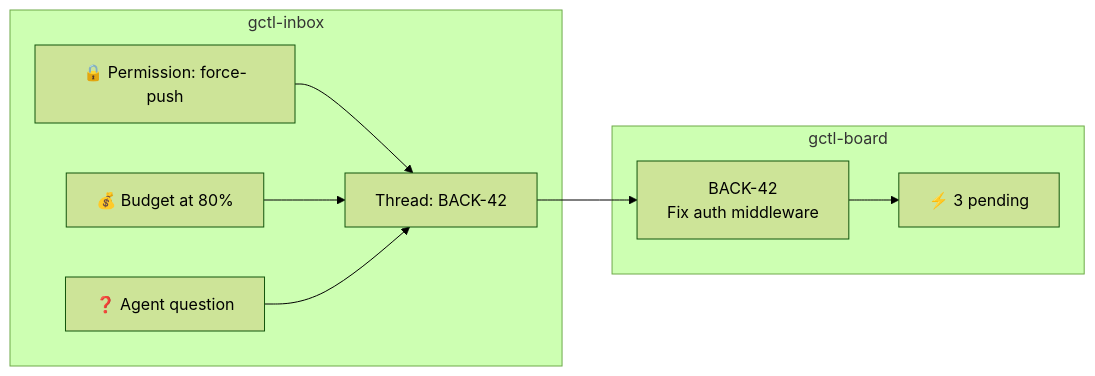
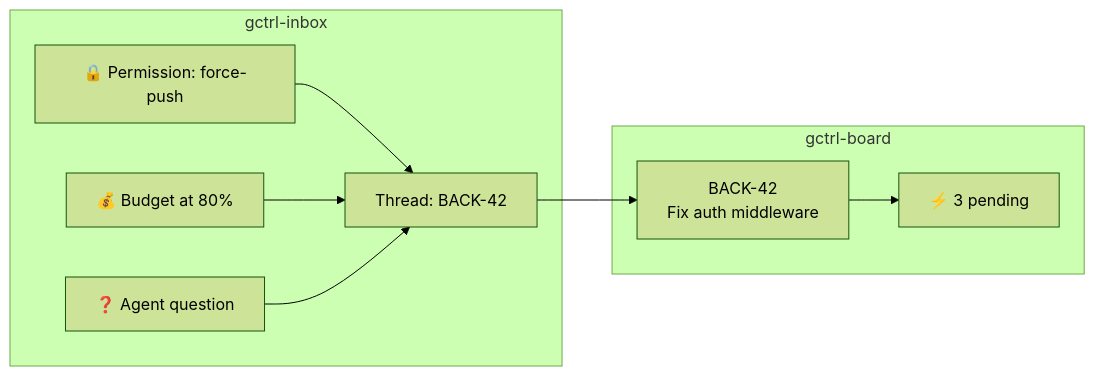
Before and after one commit to OpenHackersClub/gctrl: the diagram in specs/architecture/apps/gctl-inbox.md, drawn with Mermaid (forest theme). The commit also changed other lines of this file and 360 other files, not shown here.

First line of the commit message:
refactor: rename brand gctl → gctrl across repo

````diff
--- a/specs/architecture/apps/gctl-inbox.md
+++ b/specs/architecture/apps/gctl-inbox.md
@@ -70,20 +70,20 @@
 ```mermaid
 graph LR
-    subgraph Board["gctl-board"]
+    subgraph Board["gctrl-board"]
         Issue["BACK-42<br/>Fix auth middleware"]
         Badge["⚡ 3 pending"]
     end
 
-    subgraph Inbox["gctl-inbox"]
+    subgraph Inbox["gctrl-inbox"]
         Thread["Thread: BACK-42"]
         M1["🔒 Permission: force-push"]
         M2["💰 Budget at 80%"]
         M3["❓ Agent question"]
     end
 
     Thread --> Issue
     Issue --> Badge
     M1 --> Thread
     M2 --> Thread
     M3 --> Thread
 ```
````
